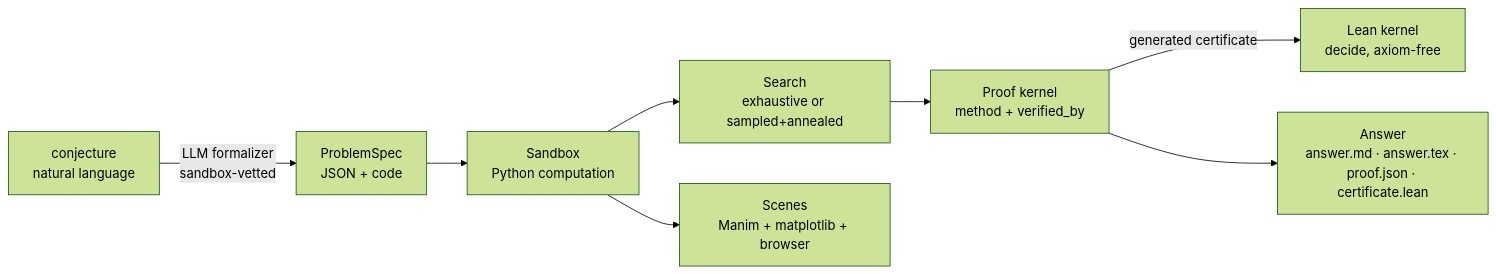
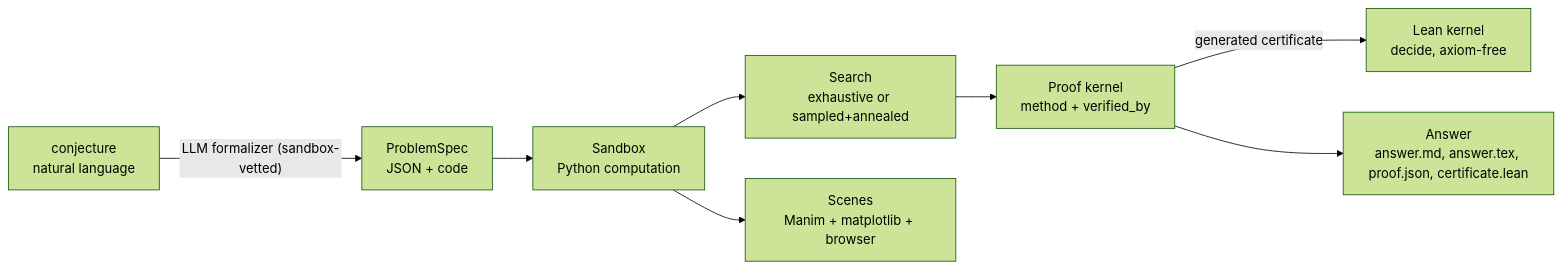
The diagram in README.md (Muchmirul/SimAgent), drawn with Mermaid (forest theme) before and after one commit. The commit also changed other lines of this file and 4 other files, not shown here.

First line of the commit message:
docs: fix README GitHub rendering, drop external framing, move roadmap to issues

````diff
--- a/README.md
+++ b/README.md
@@ -24,10 +23,10 @@
 ```mermaid
 flowchart LR
-    A[conjecture\nnatural language] -->|LLM formalizer\nsandbox-vetted| B[ProblemSpec\nJSON + code]
-    B --> C[Sandbox\nPython computation]
-    C --> D[Search\nexhaustive or sampled+annealed]
-    D --> E[Proof kernel\nmethod + verified_by]
-    E -->|generated certificate| L[Lean kernel\ndecide, axiom-free]
-    C --> F[Scenes\nManim + matplotlib + browser]
-    E --> G[Answer\nanswer.md · answer.tex · proof.json · certificate.lean]
+    A["conjecture<br/>natural language"] -->|"LLM formalizer (sandbox-vetted)"| B["ProblemSpec<br/>JSON + code"]
+    B --> C["Sandbox<br/>Python computation"]
+    C --> D["Search<br/>exhaustive or sampled+annealed"]
+    D --> E["Proof kernel<br/>method + verified_by"]
+    E -->|"generated certificate"| L["Lean kernel<br/>decide, axiom-free"]
+    C --> F["Scenes<br/>Manim + matplotlib + browser"]
+    E --> G["Answer<br/>answer.md, answer.tex, proof.json, certificate.lean"]
 ```
````
